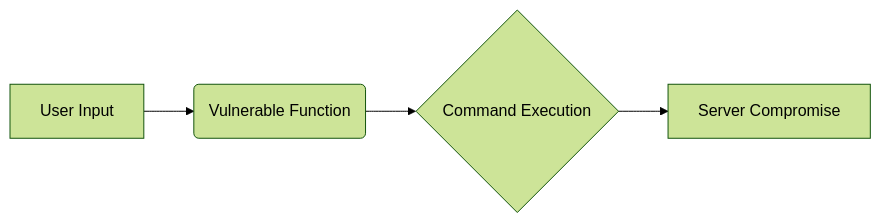
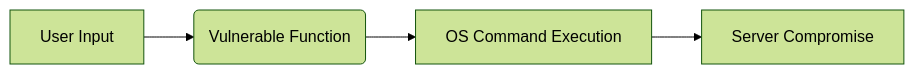
One commit to liqowomo/lq-smol-1 changed the first of 6 diagrams in WO/CREWAI/c3/rez/grew1_report.md. Above: the diagram before and after it, drawn with Mermaid (forest theme). The commit also changed other lines of this file and 24 other files, not shown here.

````diff
--- a/WO/CREWAI/c3/rez/grew1_report.md
+++ b/WO/CREWAI/c3/rez/grew1_report.md
@@ -21,6 +29,6 @@
 ```mermaid
 graph LR
     A[User Input] --> B(Vulnerable Function);
-    B --> C{Command Execution};
+    B --> C[OS Command Execution];
     C --> D[Server Compromise];
 ```
````
